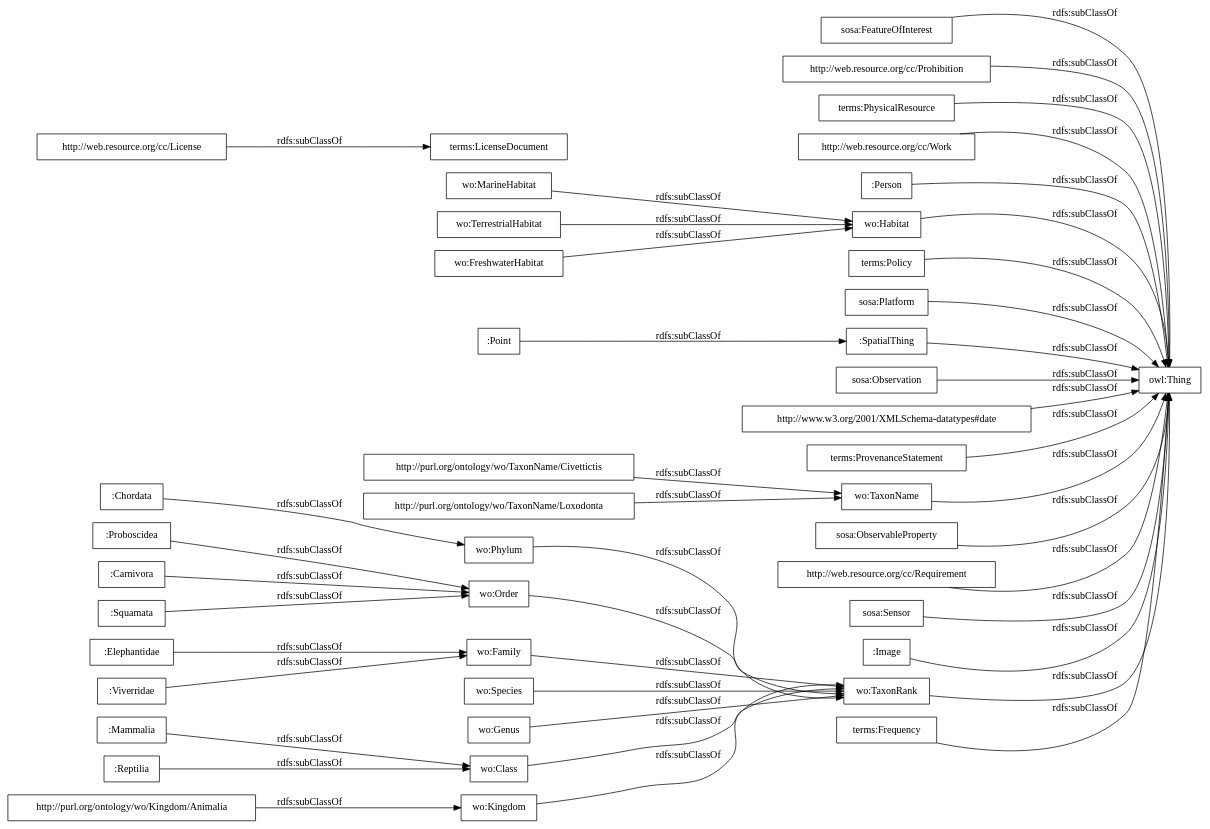
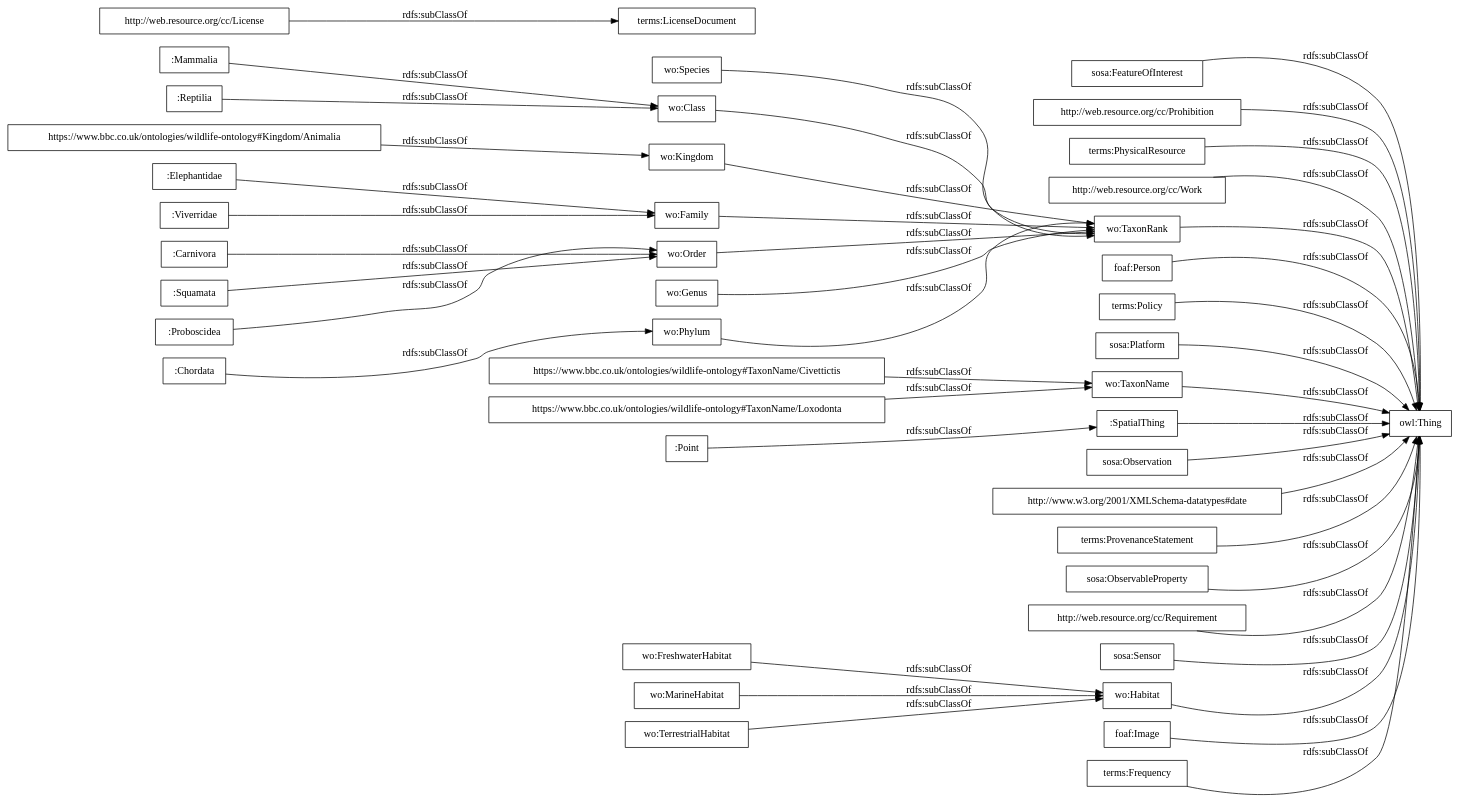
Before and after one commit to Naeima/foo_html: the diagram in OnToology/index.ttl/diagrams/ar2dtool-taxonomy/index.ttl.png.dot, drawn with Graphviz. The commit also changed 21 other files, not shown here.

```diff
--- a/OnToology/index.ttl/diagrams/ar2dtool-taxonomy/index.ttl.png.dot
+++ b/OnToology/index.ttl/diagrams/ar2dtool-taxonomy/index.ttl.png.dot
@@ -1,48 +1,48 @@
 digraph ar2dtool_diagram { 
 rankdir=LR;
 size="1000"
-node [shape = rectangle, color="black"]; "sosa:FeatureOfInterest" "http://web.resource.org/cc/Prohibition" ":Mammalia" "http://web.resource.org/cc/License" "terms:PhysicalResource" "terms:LicenseDocument" "wo:Phylum" "wo:Order" "wo:Family" "http://web.resource.org/cc/Work" ":Person" "wo:Habitat" "http://purl.org/ontology/wo/Kingdom/Animalia" ":Proboscidea" "terms:Policy" "sosa:Platform" ":Reptilia" ":Carnivora" ":SpatialThing" "wo:MarineHabitat" "sosa:Observation" "http://www.w3.org/2001/XMLSchema-datatypes#date" ":Chordata" "terms:ProvenanceStatement" "wo:TaxonName" "sosa:ObservableProperty" "http://web.resource.org/cc/Requirement" ":Squamata" ":Elephantidae" "wo:Species" "sosa:Sensor" ":Image" ":Viverridae" "wo:TaxonRank" "wo:Genus" "terms:Frequency" "http://purl.org/ontology/wo/TaxonName/Civettictis" "wo:TerrestrialHabitat" "wo:Class" ":Point" "wo:Kingdom" "http://purl.org/ontology/wo/TaxonName/Loxodonta" "wo:FreshwaterHabitat" ; /*classes style*/
+node [shape = rectangle, color="black"]; "sosa:FeatureOfInterest" "http://web.resource.org/cc/Prohibition" "https://www.bbc.co.uk/ontologies/wildlife-ontology#Kingdom/Animalia" "wo:FreshwaterHabitat" "http://web.resource.org/cc/License" "terms:PhysicalResource" "wo:Species" "wo:Class" "terms:LicenseDocument" "wo:Kingdom" "wo:Family" "http://web.resource.org/cc/Work" "https://www.bbc.co.uk/ontologies/wildlife-ontology#TaxonName/Civettictis" ":Carnivora" "wo:TaxonRank" "foaf:Person" ":Elephantidae" ":Mammalia" "wo:Order" "wo:Genus" ":Squamata" "terms:Policy" ":Chordata" "sosa:Platform" "wo:TaxonName" ":SpatialThing" "sosa:Observation" "http://www.w3.org/2001/XMLSchema-datatypes#date" ":Reptilia" "terms:ProvenanceStatement" "sosa:ObservableProperty" "http://web.resource.org/cc/Requirement" "https://www.bbc.co.uk/ontologies/wildlife-ontology#TaxonName/Loxodonta" "sosa:Sensor" "wo:Habitat" ":Proboscidea" "foaf:Image" "terms:Frequency" "wo:Phylum" ":Viverridae" "wo:MarineHabitat" ":Point" "wo:TerrestrialHabitat" ; /*classes style*/
+	"wo:Genus" -> "wo:TaxonRank" [ label = "rdfs:subClassOf" ];
+	"wo:FreshwaterHabitat" -> "wo:Habitat" [ label = "rdfs:subClassOf" ];
 	"sosa:Platform" -> "owl:Thing" [ label = "rdfs:subClassOf" ];
-	":Image" -> "owl:Thing" [ label = "rdfs:subClassOf" ];
-	":Elephantidae" -> "wo:Family" [ label = "rdfs:subClassOf" ];
-	"wo:Kingdom" -> "wo:TaxonRank" [ label = "rdfs:subClassOf" ];
+	"foaf:Image" -> "owl:Thing" [ label = "rdfs:subClassOf" ];
 	":Mammalia" -> "wo:Class" [ label = "rdfs:subClassOf" ];
+	"wo:Species" -> "wo:TaxonRank" [ label = "rdfs:subClassOf" ];
 	":Viverridae" -> "wo:Family" [ label = "rdfs:subClassOf" ];
-	":Reptilia" -> "wo:Class" [ label = "rdfs:subClassOf" ];
 	":Point" -> ":SpatialThing" [ label = "rdfs:subClassOf" ];
+	"wo:TaxonName" -> "owl:Thing" [ label = "rdfs:subClassOf" ];
 	"http://web.resource.org/cc/Prohibition" -> "owl:Thing" [ label = "rdfs:subClassOf" ];
 	"terms:Policy" -> "owl:Thing" [ label = "rdfs:subClassOf" ];
-	"wo:FreshwaterHabitat" -> "wo:Habitat" [ label = "rdfs:subClassOf" ];
+	"wo:TaxonRank" -> "owl:Thing" [ label = "rdfs:subClassOf" ];
 	"terms:Frequency" -> "owl:Thing" [ label = "rdfs:subClassOf" ];
-	"http://purl.org/ontology/wo/TaxonName/Civettictis" -> "wo:TaxonName" [ label = "rdfs:subClassOf" ];
+	"wo:MarineHabitat" -> "wo:Habitat" [ label = "rdfs:subClassOf" ];
 	"http://web.resource.org/cc/Requirement" -> "owl:Thing" [ label = "rdfs:subClassOf" ];
-	"http://purl.org/ontology/wo/Kingdom/Animalia" -> "wo:Kingdom" [ label = "rdfs:subClassOf" ];
-	"wo:Species" -> "wo:TaxonRank" [ label = "rdfs:subClassOf" ];
-	"wo:TerrestrialHabitat" -> "wo:Habitat" [ label = "rdfs:subClassOf" ];
+	":Reptilia" -> "wo:Class" [ label = "rdfs:subClassOf" ];
+	":Carnivora" -> "wo:Order" [ label = "rdfs:subClassOf" ];
 	"http://web.resource.org/cc/Work" -> "owl:Thing" [ label = "rdfs:subClassOf" ];
 	"sosa:Sensor" -> "owl:Thing" [ label = "rdfs:subClassOf" ];
+	"wo:TerrestrialHabitat" -> "wo:Habitat" [ label = "rdfs:subClassOf" ];
 	"wo:Phylum" -> "wo:TaxonRank" [ label = "rdfs:subClassOf" ];
-	"wo:MarineHabitat" -> "wo:Habitat" [ label = "rdfs:subClassOf" ];
+	"wo:Habitat" -> "owl:Thing" [ label = "rdfs:subClassOf" ];
 	":SpatialThing" -> "owl:Thing" [ label = "rdfs:subClassOf" ];
 	"terms:PhysicalResource" -> "owl:Thing" [ label = "rdfs:subClassOf" ];
-	"wo:Order" -> "wo:TaxonRank" [ label = "rdfs:subClassOf" ];
+	":Chordata" -> "wo:Phylum" [ label = "rdfs:subClassOf" ];
+	"https://www.bbc.co.uk/ontologies/wildlife-ontology#TaxonName/Civettictis" -> "wo:TaxonName" [ label = "rdfs:subClassOf" ];
 	"http://web.resource.org/cc/License" -> "terms:LicenseDocument" [ label = "rdfs:subClassOf" ];
 	"terms:ProvenanceStatement" -> "owl:Thing" [ label = "rdfs:subClassOf" ];
+	"wo:Order" -> "wo:TaxonRank" [ label = "rdfs:subClassOf" ];
+	"sosa:Observation" -> "owl:Thing" [ label = "rdfs:subClassOf" ];
+	"https://www.bbc.co.uk/ontologies/wildlife-ontology#TaxonName/Loxodonta" -> "wo:TaxonName" [ label = "rdfs:subClassOf" ];
 	"wo:Class" -> "wo:TaxonRank" [ label = "rdfs:subClassOf" ];
-	"sosa:Observation" -> "owl:Thing" [ label = "rdfs:subClassOf" ];
+	"foaf:Person" -> "owl:Thing" [ label = "rdfs:subClassOf" ];
+	":Squamata" -> "wo:Order" [ label = "rdfs:subClassOf" ];
 	"wo:Family" -> "wo:TaxonRank" [ label = "rdfs:subClassOf" ];
-	":Person" -> "owl:Thing" [ label = "rdfs:subClassOf" ];
-	":Chordata" -> "wo:Phylum" [ label = "rdfs:subClassOf" ];
-	":Carnivora" -> "wo:Order" [ label = "rdfs:subClassOf" ];
 	"sosa:FeatureOfInterest" -> "owl:Thing" [ label = "rdfs:subClassOf" ];
-	"wo:Habitat" -> "owl:Thing" [ label = "rdfs:subClassOf" ];
-	"wo:TaxonName" -> "owl:Thing" [ label = "rdfs:subClassOf" ];
-	":Squamata" -> "wo:Order" [ label = "rdfs:subClassOf" ];
-	"wo:TaxonRank" -> "owl:Thing" [ label = "rdfs:subClassOf" ];
 	"sosa:ObservableProperty" -> "owl:Thing" [ label = "rdfs:subClassOf" ];
+	"http://www.w3.org/2001/XMLSchema-datatypes#date" -> "owl:Thing" [ label = "rdfs:subClassOf" ];
+	"wo:Kingdom" -> "wo:TaxonRank" [ label = "rdfs:subClassOf" ];
 	":Proboscidea" -> "wo:Order" [ label = "rdfs:subClassOf" ];
-	"http://www.w3.org/2001/XMLSchema-datatypes#date" -> "owl:Thing" [ label = "rdfs:subClassOf" ];
-	"http://purl.org/ontology/wo/TaxonName/Loxodonta" -> "wo:TaxonName" [ label = "rdfs:subClassOf" ];
-	"wo:Genus" -> "wo:TaxonRank" [ label = "rdfs:subClassOf" ];
+	":Elephantidae" -> "wo:Family" [ label = "rdfs:subClassOf" ];
+	"https://www.bbc.co.uk/ontologies/wildlife-ontology#Kingdom/Animalia" -> "wo:Kingdom" [ label = "rdfs:subClassOf" ];
 
 }
```
